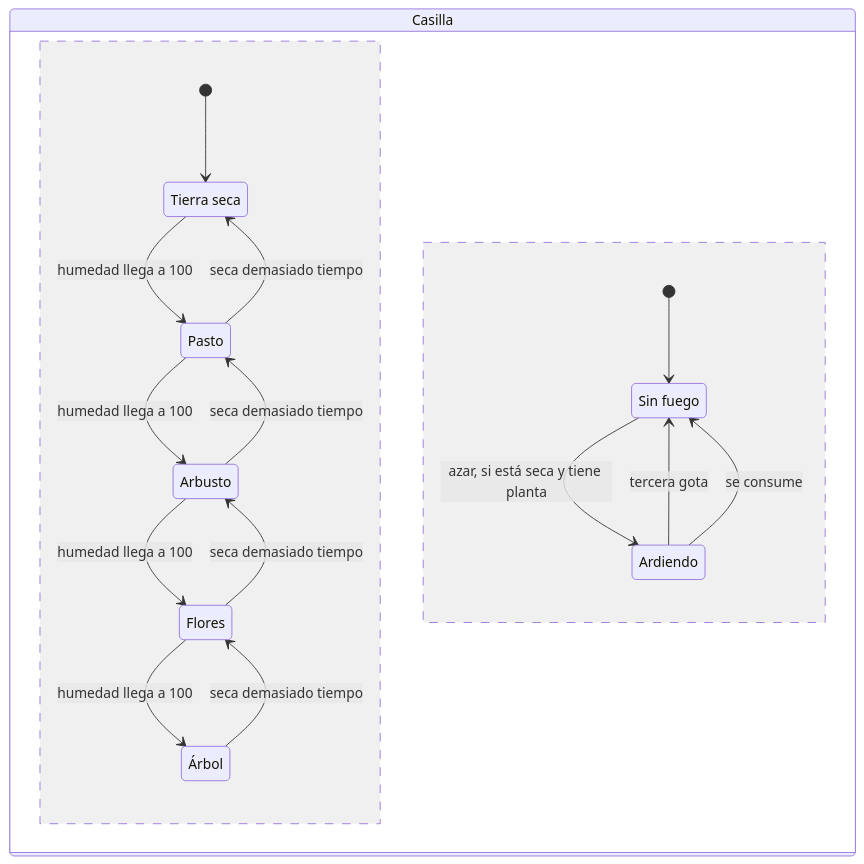
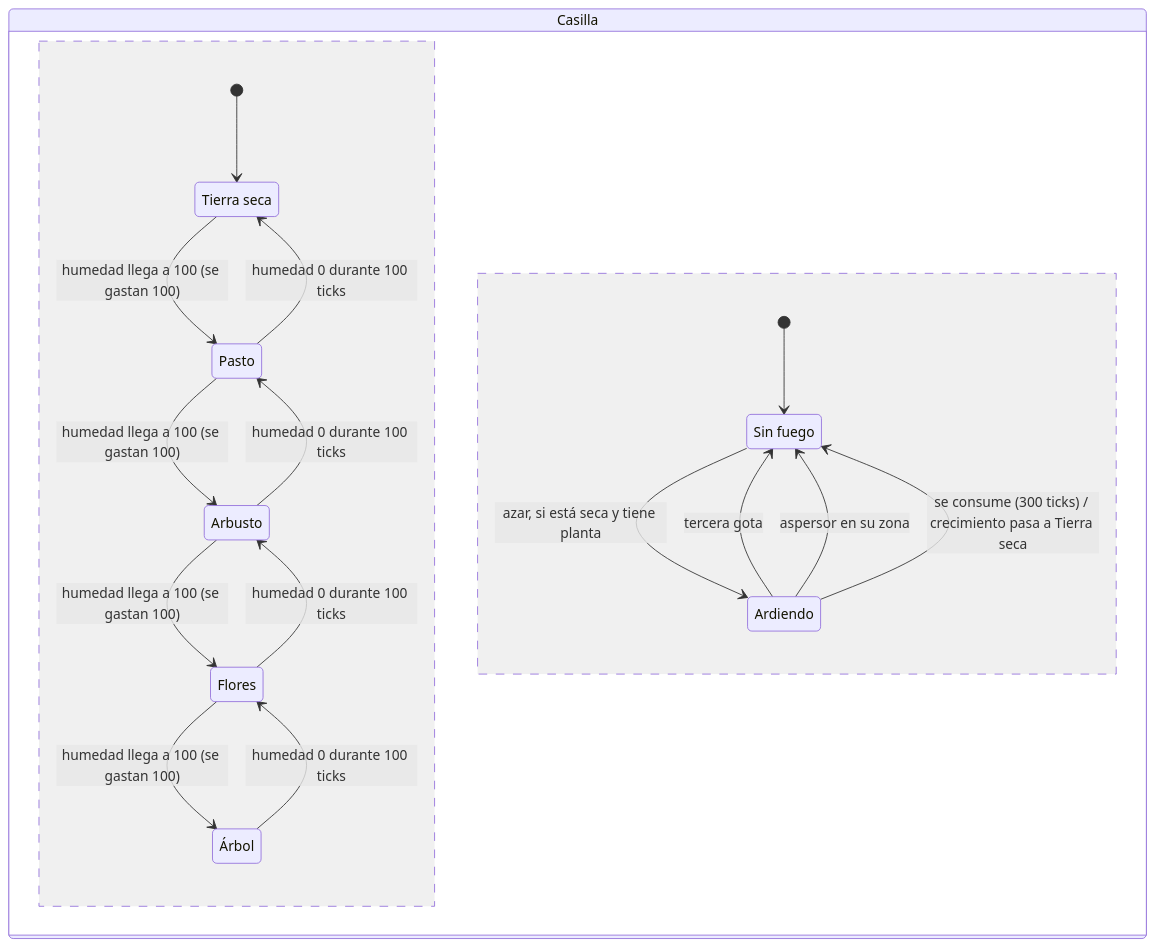
Before and after one commit to iadev2005/hydrovalley: the second of 7 diagrams in docs/documento-inicial.md, drawn with Mermaid. The commit also changed other lines of this file and 13 other files, not shown here.

Commit message:
docs: resolve design gaps across document, CLAUDE.md and diagrams

````diff
--- a/docs/documento-inicial.md
+++ b/docs/documento-inicial.md
@@ -216,22 +217,23 @@
 ```mermaid
 stateDiagram-v2
     state "Casilla" as Casilla {
         state "Tierra seca" as Seca
         state "Árbol" as Arbol
         [*] --> Seca
-        Seca --> Pasto: humedad llega a 100
-        Pasto --> Arbusto: humedad llega a 100
-        Arbusto --> Flores: humedad llega a 100
-        Flores --> Arbol: humedad llega a 100
-        Arbol --> Flores: seca demasiado tiempo
-        Flores --> Arbusto: seca demasiado tiempo
-        Arbusto --> Pasto: seca demasiado tiempo
-        Pasto --> Seca: seca demasiado tiempo
+        Seca --> Pasto: humedad llega a 100 (se gastan 100)
+        Pasto --> Arbusto: humedad llega a 100 (se gastan 100)
+        Arbusto --> Flores: humedad llega a 100 (se gastan 100)
+        Flores --> Arbol: humedad llega a 100 (se gastan 100)
+        Arbol --> Flores: humedad 0 durante 100 ticks
+        Flores --> Arbusto: humedad 0 durante 100 ticks
+        Arbusto --> Pasto: humedad 0 durante 100 ticks
+        Pasto --> Seca: humedad 0 durante 100 ticks
         --
         state "Sin fuego" as SinFuego
         [*] --> SinFuego
         SinFuego --> Ardiendo: azar, si está seca y tiene planta
         Ardiendo --> SinFuego: tercera gota
-        Ardiendo --> SinFuego: se consume
+        Ardiendo --> SinFuego: aspersor en su zona
+        Ardiendo --> SinFuego: se consume (300 ticks) / crecimiento pasa a Tierra seca
     }
 ```
````
